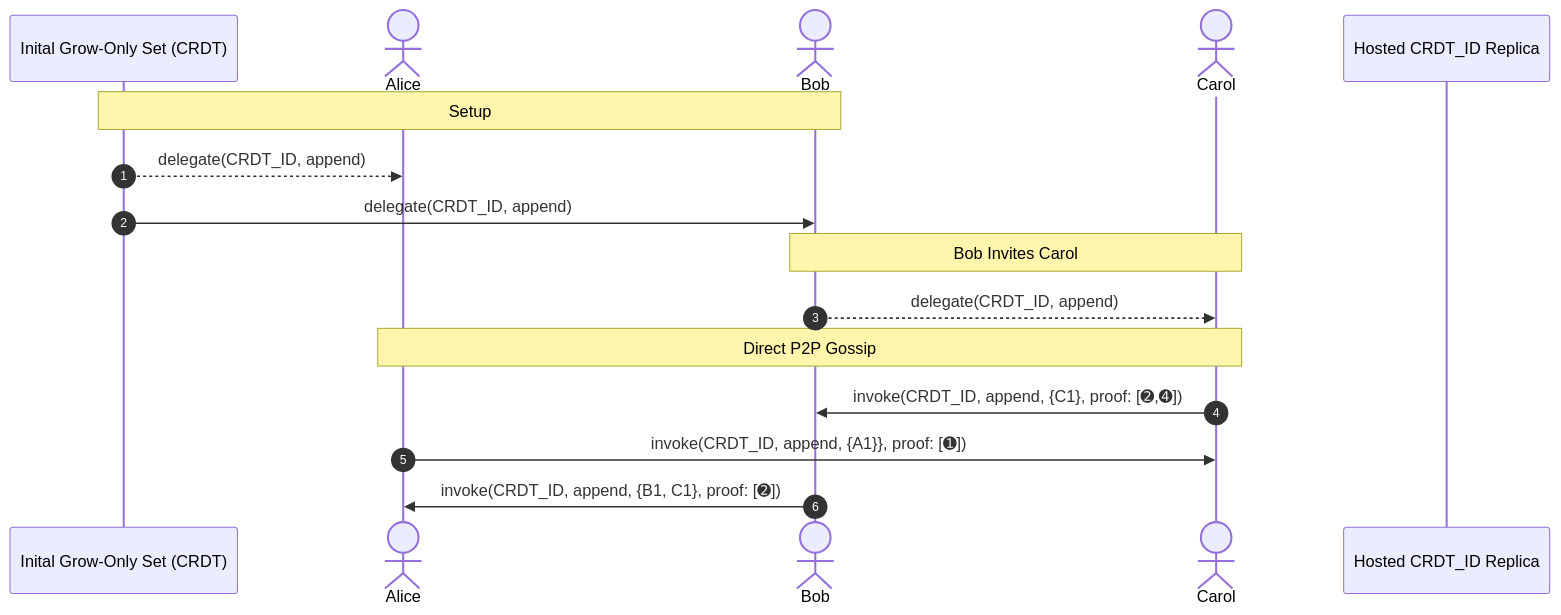
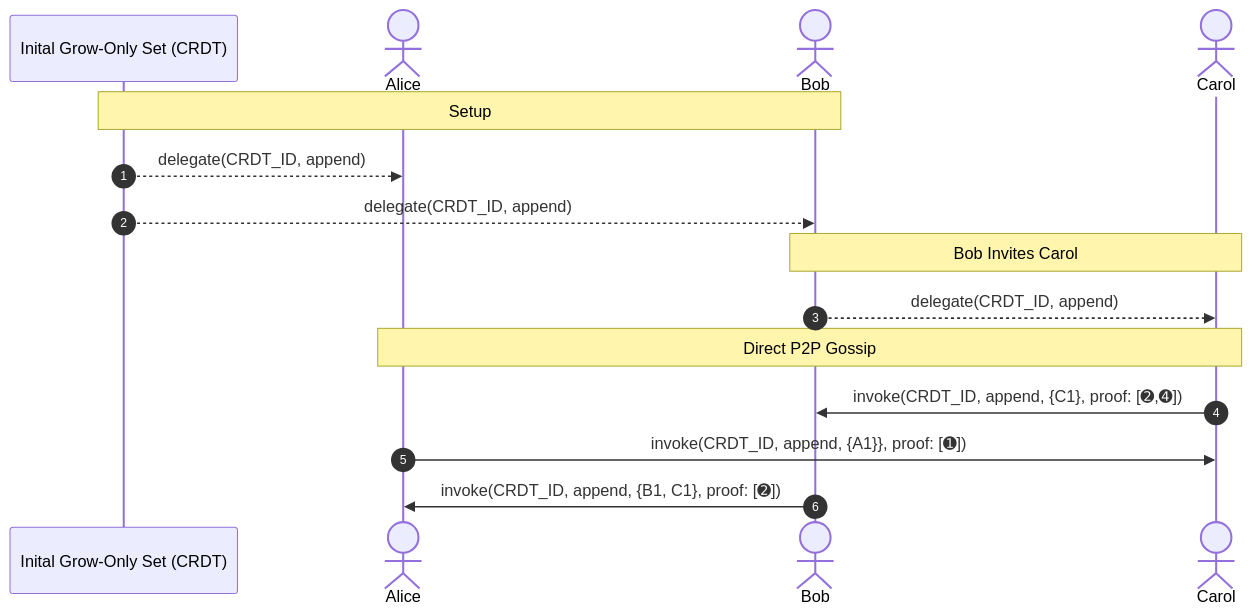
One commit to michielbdejong/spec changed the third of 5 diagrams in README.md. Above: the diagram before and after it, drawn with Mermaid. The commit also changed other lines of this file, not shown here.

````diff
--- a/README.md
+++ b/README.md
@@ -197,24 +188,22 @@
 ``` mermaid
 sequenceDiagram
     participant CRDT as Inital Grow-Only Set (CRDT)
 
     actor Alice
     actor Bob
     actor Carol
     
-    participant Storage as Hosted CRDT_ID Replica
-
     autonumber
 
     Note over CRDT, Bob: Setup
     CRDT -->> Alice: delegate(CRDT_ID, append)
-    CRDT ->> Bob: delegate(CRDT_ID, append)
+    CRDT -->> Bob: delegate(CRDT_ID, append)
     
     Note over Bob, Carol: Bob Invites Carol
     Bob -->> Carol: delegate(CRDT_ID, append)
 
     Note over Alice, Carol: Direct P2P Gossip
     Carol ->> Bob: invoke(CRDT_ID, append, {C1}, proof: [➋,➍])
     Alice ->> Carol: invoke(CRDT_ID, append, {A1}}, proof: [➊])
     Bob ->> Alice: invoke(CRDT_ID, append, {B1, C1}, proof: [➋])
 ```
````
